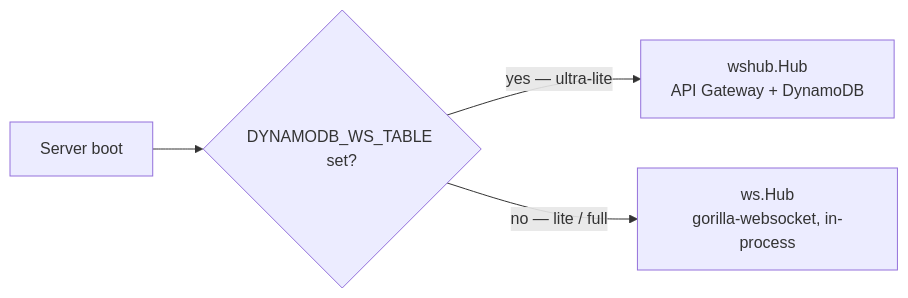
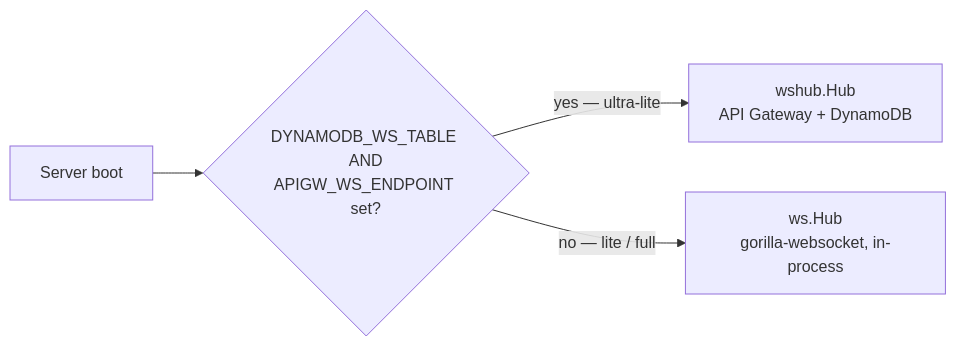
The fifth of 6 diagrams in ENGINEERING_NOTES.md (jwhigham93/Globify), drawn with Mermaid before and after one commit. The commit also changed other lines of this file and 2 other files, not shown here.

````diff
--- a/ENGINEERING_NOTES.md
+++ b/ENGINEERING_NOTES.md
@@ -224,6 +229,6 @@
 ```mermaid
 flowchart LR
-    Boot["Server boot"] --> Check{"DYNAMODB_WS_TABLE set?"}
+    Boot["Server boot"] --> Check{"DYNAMODB_WS_TABLE AND<br/>APIGW_WS_ENDPOINT set?"}
     Check -->|yes — ultra-lite| DDB["wshub.Hub<br/>API Gateway + DynamoDB"]
     Check -->|no — lite / full| Gorilla["ws.Hub<br/>gorilla-websocket, in-process"]
 ```
````
